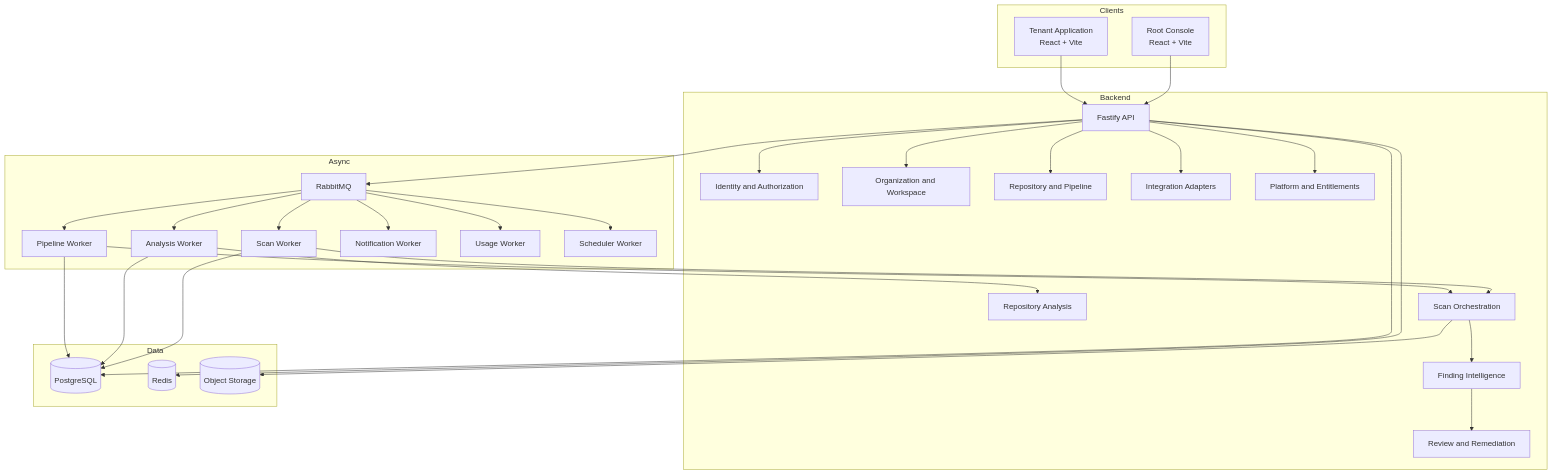
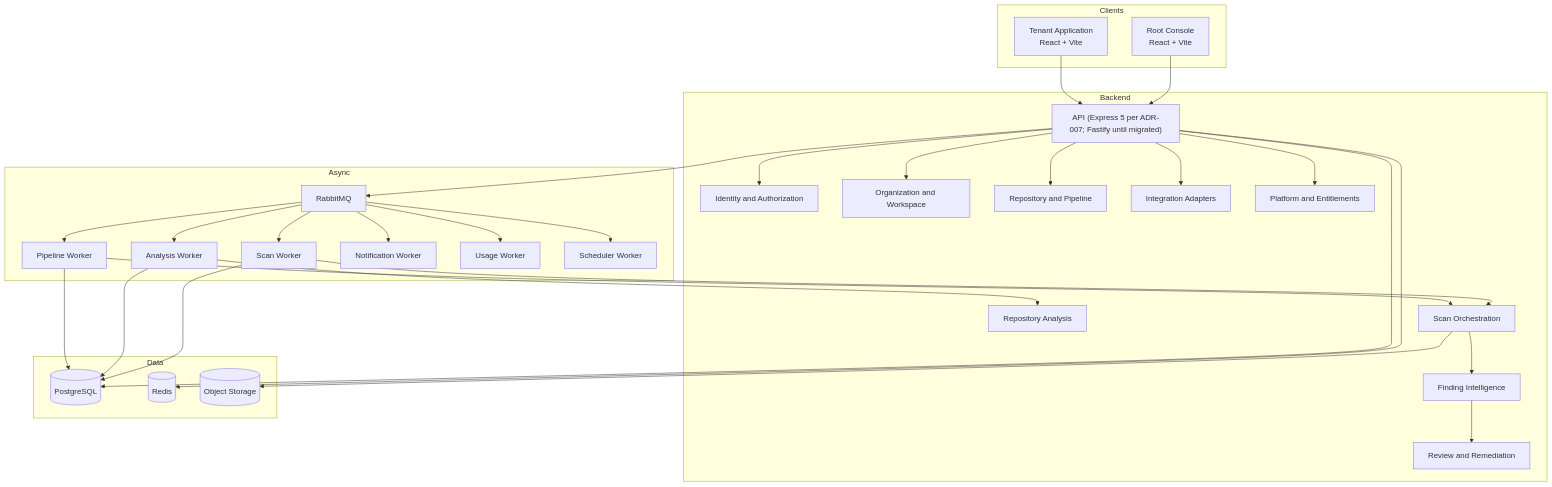
The diagram in docs/architecture/OVERALL_ARCHITECTURE.md (venkatanarendra-stcoe/quali-detect), drawn with Mermaid before and after one commit. The commit also changed other lines of this file and 25 other files, not shown here.

````diff
--- a/docs/architecture/OVERALL_ARCHITECTURE.md
+++ b/docs/architecture/OVERALL_ARCHITECTURE.md
@@ -18,62 +18,62 @@
 ```mermaid
 flowchart TB
   subgraph Clients
     T[Tenant Application<br/>React + Vite]
     R[Root Console<br/>React + Vite]
   end
 
   subgraph Backend
-    API[Fastify API]
+    API["API (Express 5 per ADR-007; Fastify until migrated)"]
     ID[Identity and Authorization]
     ORG[Organization and Workspace]
     ENG[Repository and Pipeline]
     INT[Integration Adapters]
     ANA[Repository Analysis]
     SCAN[Scan Orchestration]
     FIND[Finding Intelligence]
     WF[Review and Remediation]
     PLAT[Platform and Entitlements]
   end
 
   subgraph Async
     MQ[RabbitMQ]
     PW[Pipeline Worker]
     AW[Analysis Worker]
     SW[Scan Worker]
     NW[Notification Worker]
     UW[Usage Worker]
     SCH[Scheduler Worker]
   end
 
   subgraph Data
     DB[(PostgreSQL)]
     REDIS[(Redis)]
     OBJ[(Object Storage)]
   end
 
   T --> API
   R --> API
   API --> ID
   API --> ORG
   API --> ENG
   API --> INT
   API --> PLAT
   API --> MQ
   MQ --> PW
   MQ --> AW
   MQ --> SW
   MQ --> NW
   MQ --> UW
   MQ --> SCH
   PW --> SCAN
   AW --> ANA
   SW --> SCAN
   API --> DB
   PW --> DB
   AW --> DB
   SW --> DB
   API --> REDIS
   SCAN --> FIND
   FIND --> WF
   SCAN --> OBJ
 ```
````
